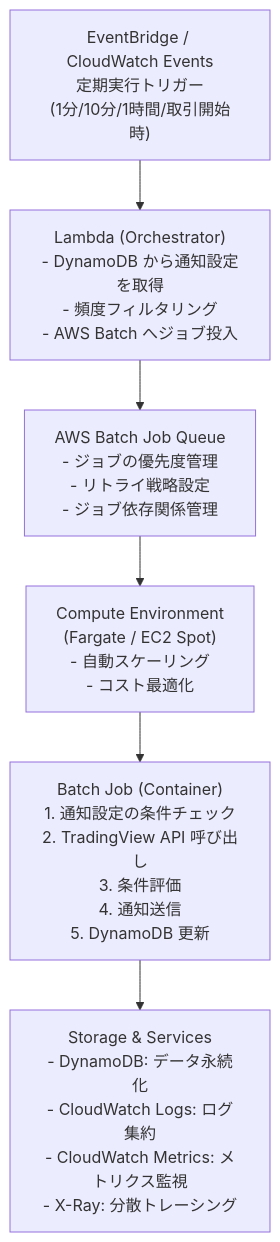
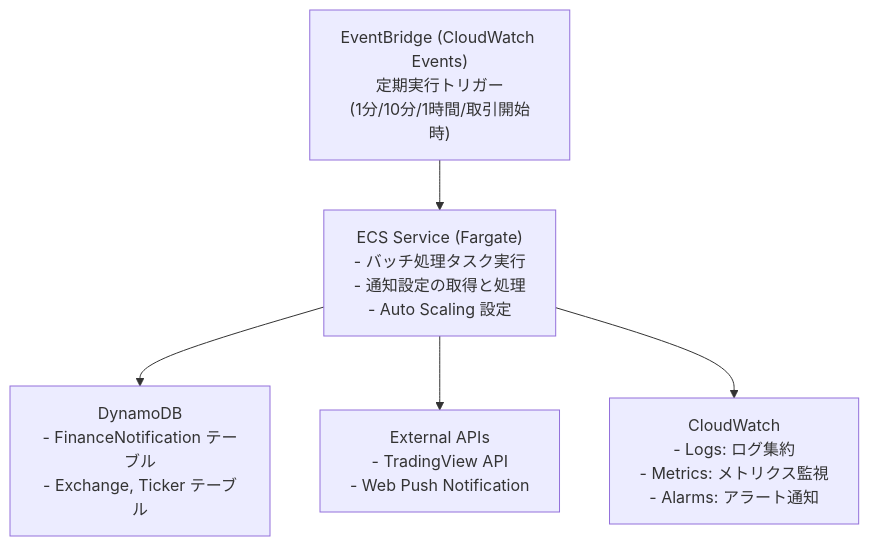
The second of 2 diagrams in tasks/batch-refactoring/requirements.md (nagiyu/finance), drawn with Mermaid before and after one commit. The commit also changed other lines of this file and 21 other files, not shown here.

Commit message:
Revise batch refactoring requirements: simplify to EventBridge + ECS approach

````diff
--- a/tasks/batch-refactoring/requirements.md
+++ b/tasks/batch-refactoring/requirements.md
@@ -108,15 +104,13 @@
 ```mermaid
 graph TB
-    EventBridge["EventBridge / CloudWatch Events<br/>定期実行トリガー<br/>(1分/10分/1時間/取引開始時)"]
-    Orchestrator["Lambda (Orchestrator)<br/>- DynamoDB から通知設定を取得<br/>- 頻度フィルタリング<br/>- AWS Batch へジョブ投入"]
-    BatchQueue["AWS Batch Job Queue<br/>- ジョブの優先度管理<br/>- リトライ戦略設定<br/>- ジョブ依存関係管理"]
-    ComputeEnv["Compute Environment<br/>(Fargate / EC2 Spot)<br/>- 自動スケーリング<br/>- コスト最適化"]
-    BatchJob["Batch Job (Container)<br/>1. 通知設定の条件チェック<br/>2. TradingView API 呼び出し<br/>3. 条件評価<br/>4. 通知送信<br/>5. DynamoDB 更新"]
-    Storage["Storage & Services<br/>- DynamoDB: データ永続化<br/>- CloudWatch Logs: ログ集約<br/>- CloudWatch Metrics: メトリクス監視<br/>- X-Ray: 分散トレーシング"]
+    EventBridge["EventBridge (CloudWatch Events)<br/>定期実行トリガー<br/>(1分/10分/1時間/取引開始時)"]
+    ECSService["ECS Service (Fargate)<br/>- バッチ処理タスク実行<br/>- 通知設定の取得と処理<br/>- Auto Scaling 設定"]
+    DynamoDB["DynamoDB<br/>- FinanceNotification テーブル<br/>- Exchange, Ticker テーブル"]
+    ExternalAPI["External APIs<br/>- TradingView API<br/>- Web Push Notification"]
+    CloudWatch["CloudWatch<br/>- Logs: ログ集約<br/>- Metrics: メトリクス監視<br/>- Alarms: アラート通知"]
     
-    EventBridge --> Orchestrator
-    Orchestrator --> BatchQueue
-    BatchQueue --> ComputeEnv
-    ComputeEnv --> BatchJob
-    BatchJob --> Storage
+    EventBridge --> ECSService
+    ECSService --> DynamoDB
+    ECSService --> ExternalAPI
+    ECSService --> CloudWatch
 ```
````
